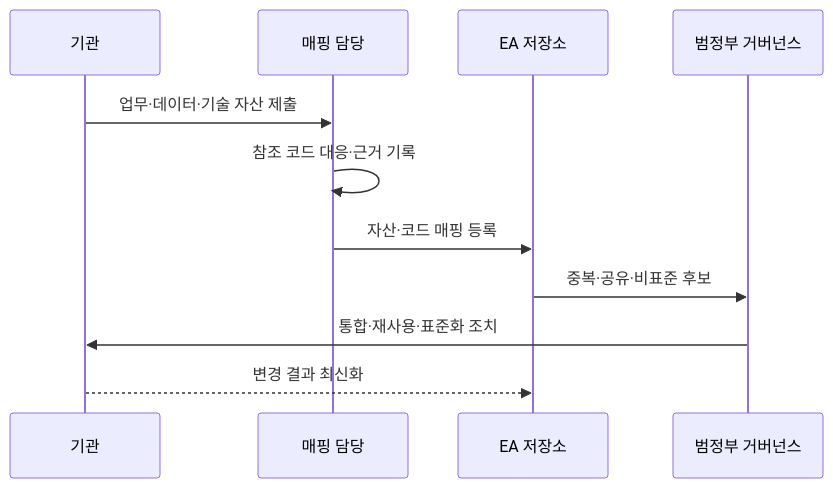
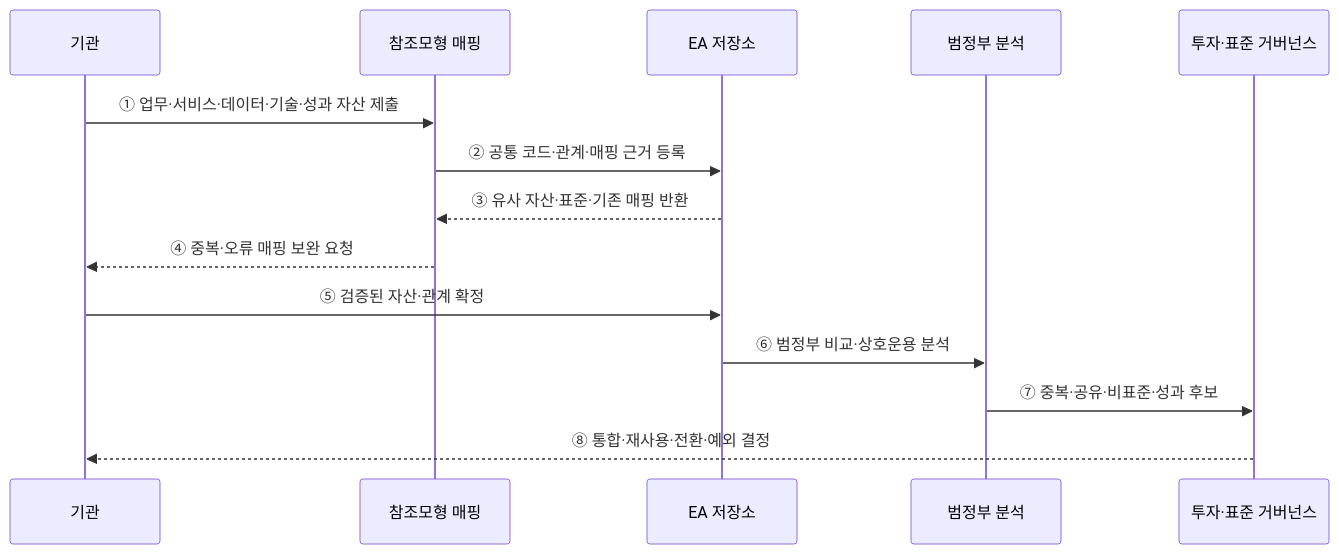
The second of 2 diagrams in src/content/docs/notes/03-software/190_government_ea_trm_drm.md (agnusdei1207/knowledge-base), drawn with Mermaid before and after one commit. The commit also changed other lines of this file and 12 other files, not shown here.

````diff
--- a/src/content/docs/notes/03-software/190_government_ea_trm_drm.md
+++ b/src/content/docs/notes/03-software/190_government_ea_trm_drm.md
@@ -80,13 +71,16 @@
 ```mermaid
 sequenceDiagram
     participant I as 기관
-    participant M as 매핑 담당
+    participant M as 참조모형 매핑
     participant R as EA 저장소
-    participant G as 범정부 거버넌스
-    I->>M: 업무·데이터·기술 자산 제출
-    M->>M: 참조 코드 대응·근거 기록
-    M->>R: 자산·코드 매핑 등록
-    R->>G: 중복·공유·비표준 후보
-    G->>I: 통합·재사용·표준화 조치
-    I-->>R: 변경 결과 최신화
+    participant A as 범정부 분석
+    participant G as 투자·표준 거버넌스
+    I->>M: ① 업무·서비스·데이터·기술·성과 자산 제출
+    M->>R: ② 공통 코드·관계·매핑 근거 등록
+    R-->>M: ③ 유사 자산·표준·기존 매핑 반환
+    M-->>I: ④ 중복·오류 매핑 보완 요청
+    I->>R: ⑤ 검증된 자산·관계 확정
+    R->>A: ⑥ 범정부 비교·상호운용 분석
+    A->>G: ⑦ 중복·공유·비표준·성과 후보
+    G-->>I: ⑧ 통합·재사용·전환·예외 결정
 ```
````
